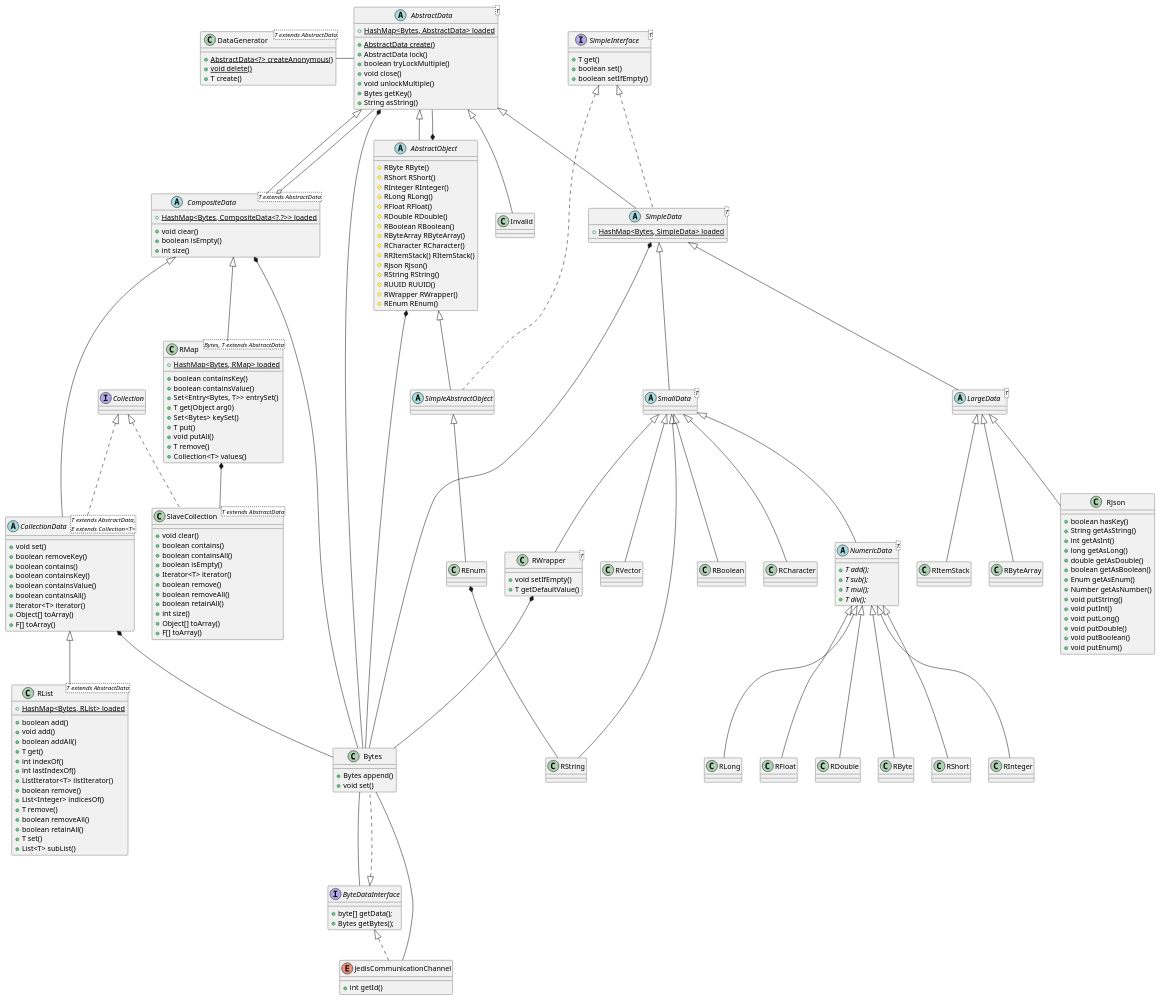
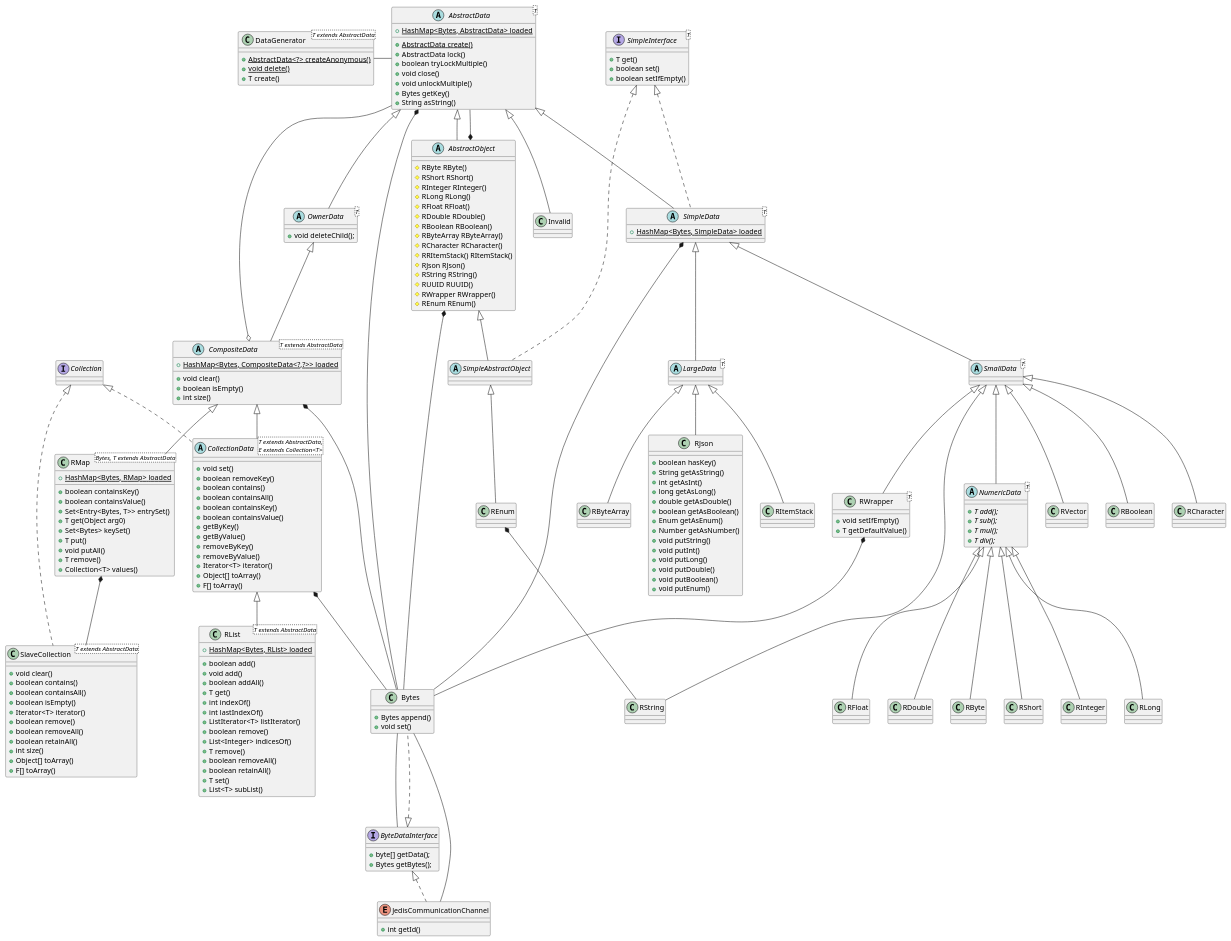
Before and after one commit to chrisb09/firecord: the diagram in DataTypes.puml, drawn with PlantUML. The commit also changed 3 other files, not shown here.

Commit message:
basic implementations for getByValue getByKey and similar remove functions for Collection Data Untested!

```diff
--- a/DataTypes.puml
+++ b/DataTypes.puml
@@ -128,8 +128,11 @@
     + void putEnum()
 }
 
+abstract OwnerData<T> extends AbstractData {
+    + void deleteChild();
+}
 
-abstract CompositeData <T extends AbstractData> extends AbstractData {
+abstract CompositeData <T extends AbstractData> extends OwnerData {
     + {static} HashMap<Bytes, CompositeData<?,?>> loaded
     + void clear()
     + boolean isEmpty()
@@ -140,9 +143,13 @@
     + void set()
     + boolean removeKey()
     + boolean contains()
+    + boolean containsAll()
     + boolean containsKey()
     + boolean containsValue()
-    + boolean containsAll()
+    + getByKey()
+    + getByValue()
+    + removeByKey()
+    + removeByValue()
     + Iterator<T> iterator()
     + Object[] toArray()
     + F[] toArray()
```
